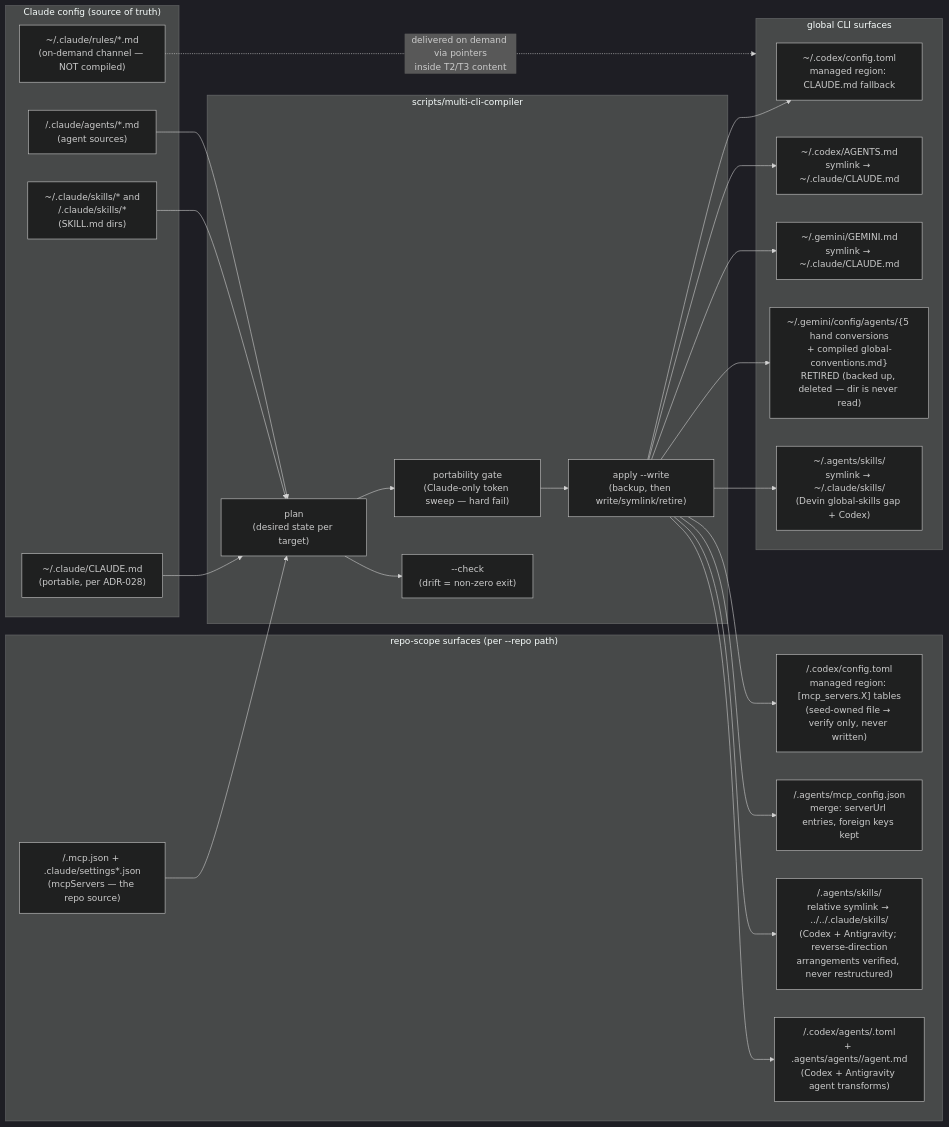
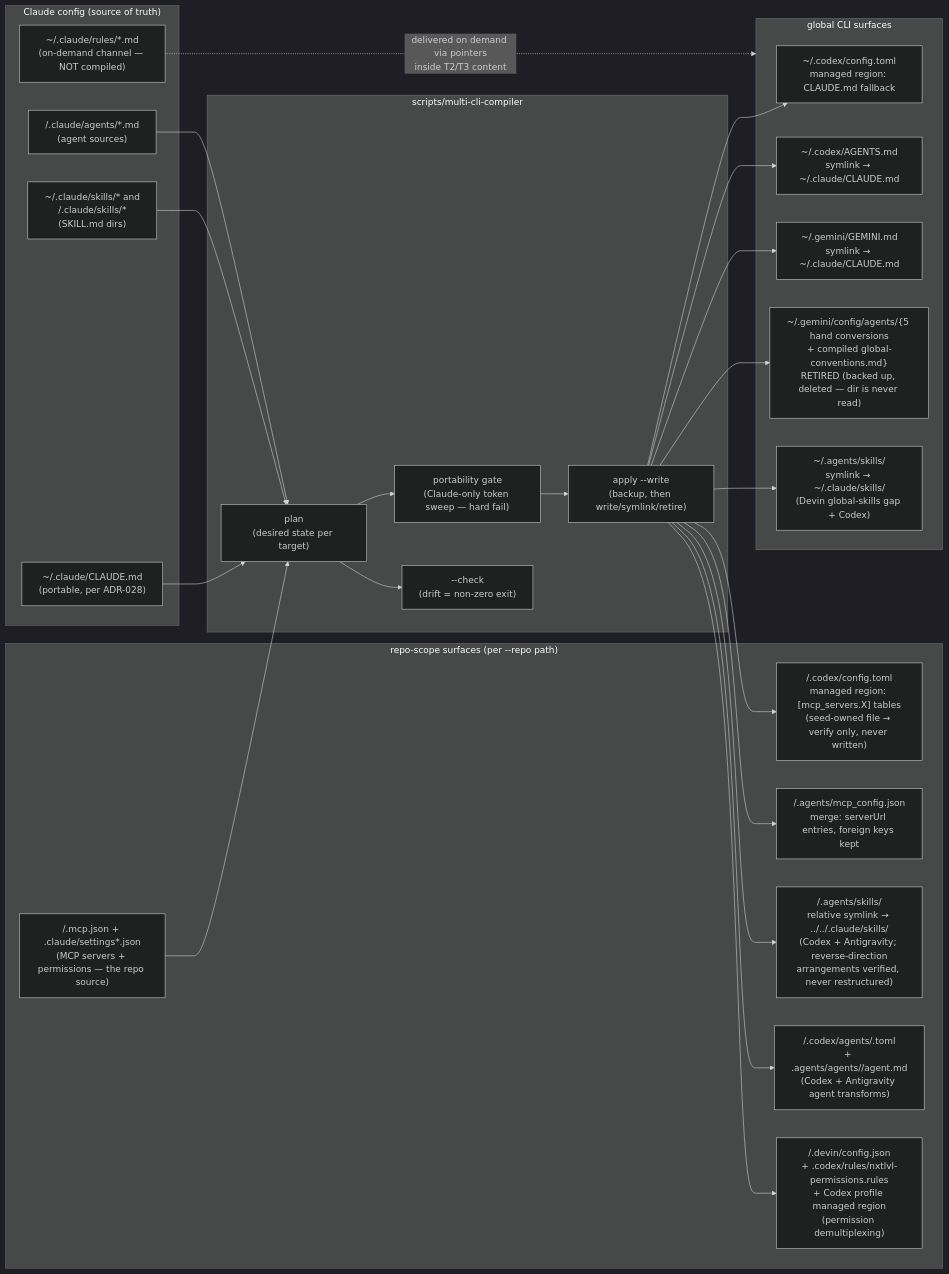
The diagram in docs/spec/nxtlvl-multi-cli-compiler.md (will-schaefer/nxtlvl-harness), drawn with Mermaid (dark theme) before and after one commit. The commit also changed other lines of this file and 8 other files, not shown here.

Commit message:
feat(compiler): demux Claude permissions

````diff
--- a/docs/spec/nxtlvl-multi-cli-compiler.md
+++ b/docs/spec/nxtlvl-multi-cli-compiler.md
@@ -77,39 +80,41 @@
 ```mermaid
 flowchart LR
     subgraph SOURCES["Claude config (source of truth)"]
         S1["~/.claude/CLAUDE.md<br/>(portable, per ADR-028)"]
         S2["~/.claude/rules/*.md<br/>(on-demand channel — NOT compiled)"]
         S3["~/.claude/skills/* and<br/><repo>/.claude/skills/*<br/>(SKILL.md dirs)"]
         S4["<repo>/.claude/agents/*.md<br/>(agent sources)"]
     end
     subgraph COMPILER["scripts/multi-cli-compiler"]
         P["plan<br/>(desired state per target)"]
         G["portability gate<br/>(Claude-only token sweep — hard fail)"]
         A["apply --write<br/>(backup, then write/symlink/retire)"]
         V["--check<br/>(drift = non-zero exit)"]
         P --> G --> A
         P --> V
     end
     subgraph TARGETS["global CLI surfaces"]
         T1["~/.codex/config.toml<br/>managed region: CLAUDE.md fallback"]
         T2["~/.codex/AGENTS.md<br/>symlink → ~/.claude/CLAUDE.md"]
         T3["~/.gemini/GEMINI.md<br/>symlink → ~/.claude/CLAUDE.md"]
         T4["~/.gemini/config/agents/{5 hand conversions<br/>+ compiled global-conventions.md}<br/>RETIRED (backed up, deleted — dir is never read)"]
         T5["~/.agents/skills/<name><br/>symlink → ~/.claude/skills/<name><br/>(Devin global-skills gap + Codex)"]
     end
     subgraph REPO["repo-scope surfaces (per --repo path)"]
-        R0["<repo>/.mcp.json + .claude/settings*.json<br/>(mcpServers — the repo source)"]
+        R0["<repo>/.mcp.json + .claude/settings*.json<br/>(MCP servers + permissions — the repo source)"]
         R1["<repo>/.codex/config.toml<br/>managed region: [mcp_servers.X] tables<br/>(seed-owned file → verify only, never written)"]
         R2["<repo>/.agents/mcp_config.json<br/>merge: serverUrl entries, foreign keys kept"]
         R3["<repo>/.agents/skills/<name><br/>relative symlink → ../../.claude/skills/<name><br/>(Codex + Antigravity; reverse-direction<br/>arrangements verified, never restructured)"]
         R4["<repo>/.codex/agents/<name>.toml<br/>+ .agents/agents/<name>/agent.md<br/>(Codex + Antigravity agent transforms)"]
+        R5["<repo>/.devin/config.json<br/>+ .codex/rules/nxtlvl-permissions.rules<br/>+ Codex profile managed region<br/>(permission demultiplexing)"]
     end
     S1 --> P
     S3 --> P
     S4 --> P
     R0 --> P
     A --> T1 & T2 & T3 & T4 & T5
     A --> R1 & R2 & R3
     A --> R4
+    A --> R5
     S2 -. "delivered on demand via pointers<br/>inside T2/T3 content" .-> TARGETS
 ```
````
